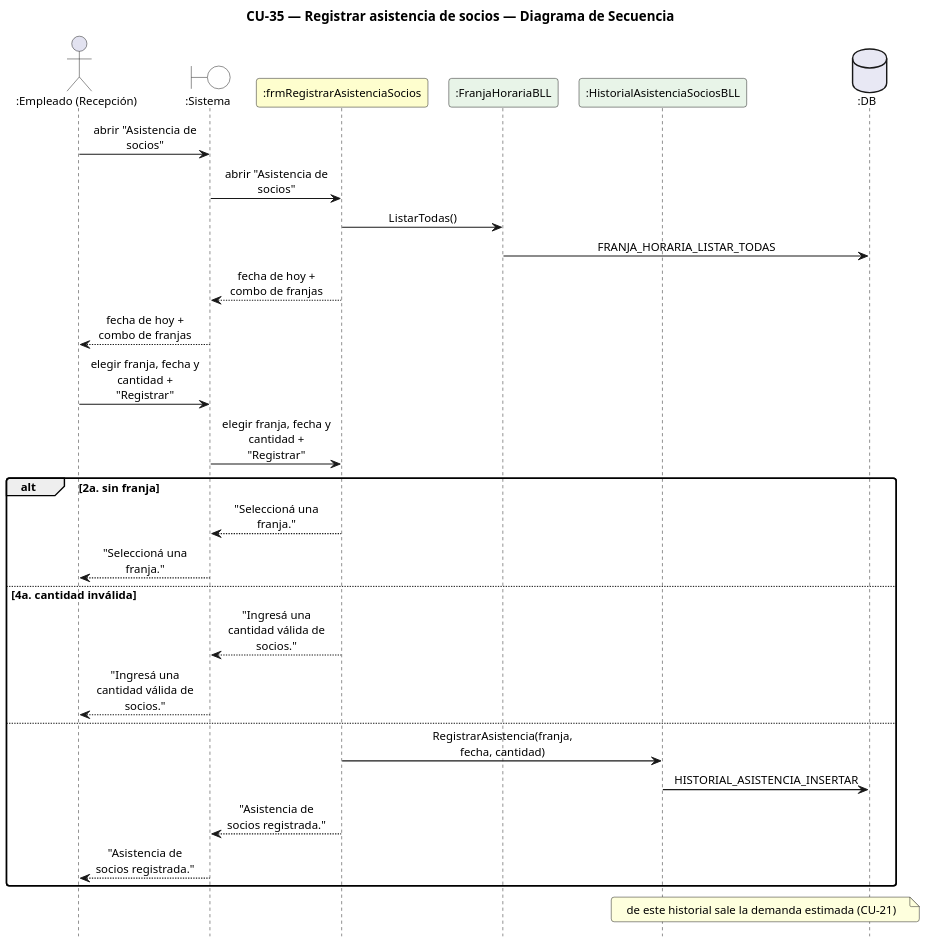
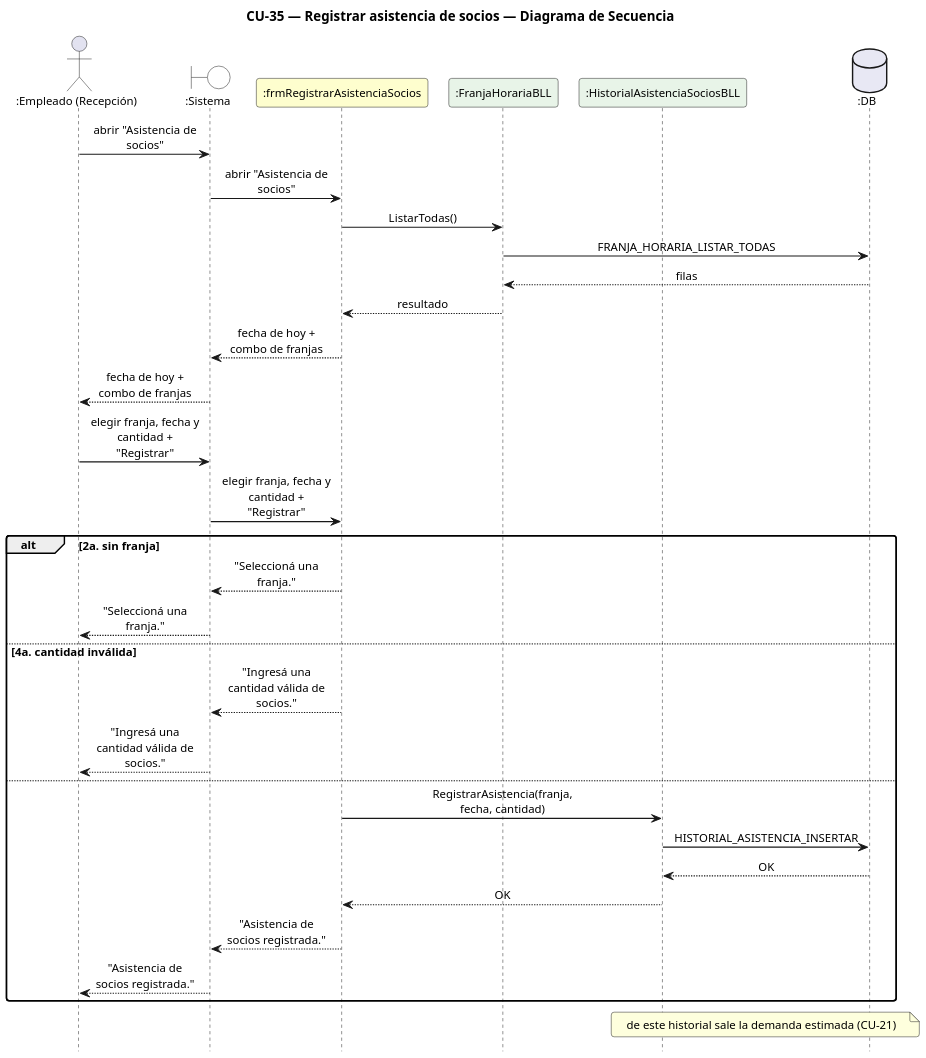
The diagram in DIAGRAMAS/DiagramaSecuencia_CU35_RegistrarAsistenciaSocios.puml (Urrels/ingenieria_software), drawn with PlantUML before and after one commit. The commit also changed 104 other files, not shown here.

First line of the commit message:
Instalador en un clic, retornos en los diagramas y CU separados en alta/baja/modificación

```diff
--- a/DIAGRAMAS/DiagramaSecuencia_CU35_RegistrarAsistenciaSocios.puml
+++ b/DIAGRAMAS/DiagramaSecuencia_CU35_RegistrarAsistenciaSocios.puml
@@ -1,45 +1,49 @@
 @startuml DiagramaSecuencia_CU35_RegistrarAsistenciaSocios
 
 title CU-35 — Registrar asistencia de socios — Diagrama de Secuencia
 
 skinparam shadowing false
 skinparam roundcorner 6
 skinparam sequenceArrowThickness 1.2
 skinparam ParticipantPadding 6
 skinparam BoxPadding 4
 skinparam maxMessageSize 115
 skinparam sequenceMessageAlign center
 skinparam defaultFontSize 12
 skinparam dpi 140
 hide footbox
 
 actor ":Empleado (Recepción)" as E
 boundary ":Sistema" as SYS #FFFFFF
 participant ":frmRegistrarAsistenciaSocios" as F #FEFECE
 participant ":FranjaHorariaBLL" as FB #E8F4E8
 participant ":HistorialAsistenciaSociosBLL" as HB #E8F4E8
 database ":DB" as DB #E8E8F4
 
 E -> SYS : abrir "Asistencia de socios"
 SYS -> F : abrir "Asistencia de socios"
 F -> FB : ListarTodas()
 FB -> DB : FRANJA_HORARIA_LISTAR_TODAS
+DB --> FB : filas
+FB --> F : resultado
 F --> SYS : fecha de hoy + combo de franjas
 SYS --> E : fecha de hoy + combo de franjas
 E -> SYS : elegir franja, fecha y cantidad + "Registrar"
 SYS -> F : elegir franja, fecha y cantidad + "Registrar"
 alt 2a. sin franja
   F --> SYS : "Seleccioná una franja."
   SYS --> E : "Seleccioná una franja."
 else 4a. cantidad inválida
   F --> SYS : "Ingresá una cantidad válida de socios."
   SYS --> E : "Ingresá una cantidad válida de socios."
 else
   F -> HB : RegistrarAsistencia(franja, fecha, cantidad)
   HB -> DB : HISTORIAL_ASISTENCIA_INSERTAR
+  DB --> HB : OK
+  HB --> F : OK
   F --> SYS : "Asistencia de socios registrada."
   SYS --> E : "Asistencia de socios registrada."
 end
 note over HB, DB : de este historial sale la demanda estimada (CU-21)
 
 @enduml
```
